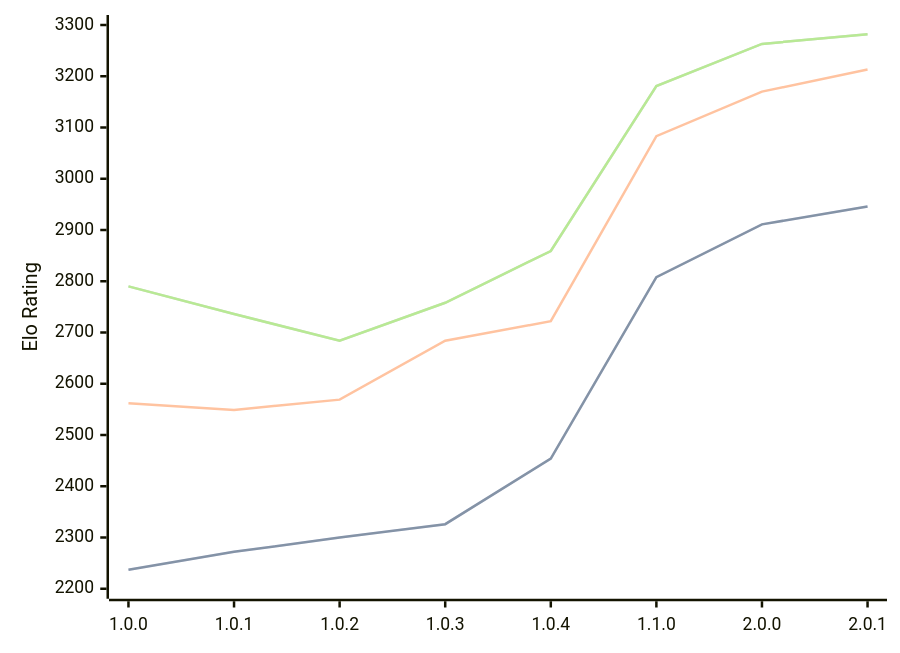
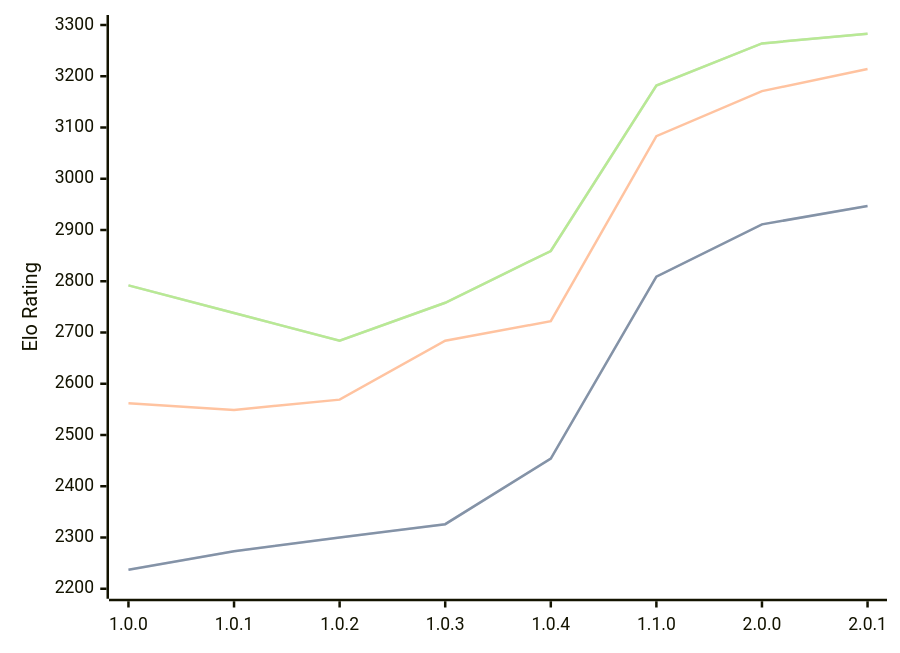
The diagram in engines/Grail.md (computer-chess-index/cci), drawn with Mermaid before and after one commit. The commit also changed other lines of this file, not shown here.

Commit message:
Update CCI Ratings (ELO VLTC) - 2026-09-16

````diff
--- a/engines/Grail.md
+++ b/engines/Grail.md
@@ -38,11 +38,11 @@
 ```mermaid
 %%{init: {"theme":"base","themeVariables":{"seriesColors:['#a3a3a3','#222221','#faa371']}}}%%
 xychart-beta
   x-axis ["1.0.0", "1.0.1", "1.0.2", "1.0.3", "1.0.4", "1.1.0", "2.0.0", "2.0.1"]
   y-axis "Elo Rating" 2200 --> 3300
-  line "" [2237, 2272, 2300, 2326, 2454, 2808, 2911, 2946]
-  line "STC (8.0+0.08s)" [2237, 2272, 2300, 2326, 2454, 2808, 2911, 2946]
-  line "LTC (60.0+0.60s)" [2562, 2549, 2569, 2684, 2722, 3083, 3170, 3213]
-  line "" [2790, 2736, 2684, 2758, 2859, 3181, 3263, 3282]
-  line "VLTC (2m24s+1.12s)" [2790, 2736, 2684, 2758, 2859, 3181, 3263, 3282]
+  line "" [2237, 2273, 2300, 2326, 2454, 2809, 2911, 2947]
+  line "STC (8.0+0.08s)" [2237, 2273, 2300, 2326, 2454, 2809, 2911, 2947]
+  line "LTC (60.0+0.60s)" [2562, 2549, 2569, 2684, 2722, 3083, 3171, 3214]
+  line "" [2792, 2738, 2684, 2758, 2859, 3182, 3264, 3283]
+  line "VLTC (2m24s+1.12s)" [2792, 2738, 2684, 2758, 2859, 3182, 3264, 3283]
 ```
````
